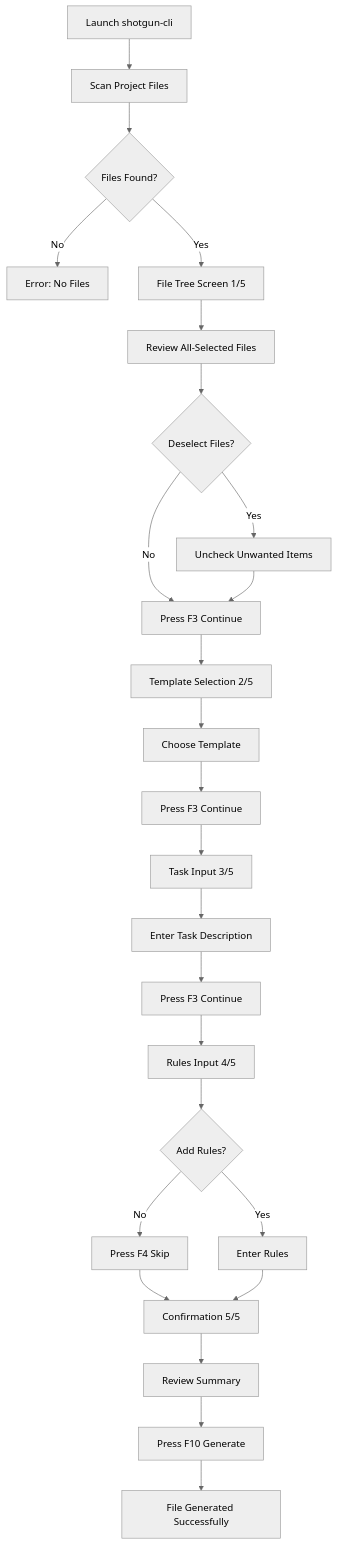
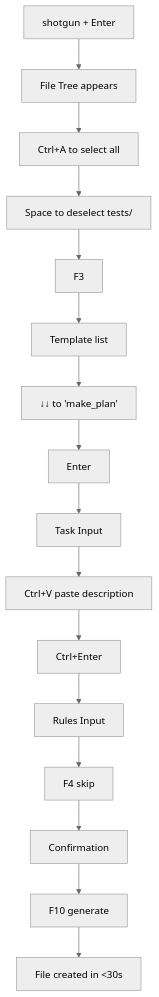
One commit to quantmind-br/shotgun changed the third of 3 diagrams in docs/front-end-spec.md. Above: the diagram before and after it, drawn with Mermaid (neutral theme). The commit also changed other lines of this file and 67 other files, not shown here.

````diff
--- a/docs/front-end-spec.md
+++ b/docs/front-end-spec.md
@@ -91,27 +147,18 @@
 ```mermaid
 graph TD
-    A[Launch shotgun-cli] --> B[Scan Project Files]
-    B --> C{Files Found?}
-    C -->|No| D[Error: No Files]
-    C -->|Yes| E[File Tree Screen 1/5]
-    E --> F[Review All-Selected Files]
-    F --> G{Deselect Files?}
-    G -->|Yes| H[Uncheck Unwanted Items]
-    G -->|No| I[Press F3 Continue]
-    H --> I
-    I --> J[Template Selection 2/5]
-    J --> K[Choose Template]
-    K --> L[Press F3 Continue]
-    L --> M[Task Input 3/5]
-    M --> N[Enter Task Description]
-    N --> O[Press F3 Continue]
-    O --> P[Rules Input 4/5]
-    P --> Q{Add Rules?}
-    Q -->|No| R[Press F4 Skip]
-    Q -->|Yes| S[Enter Rules]
-    R --> T[Confirmation 5/5]
-    S --> T
-    T --> U[Review Summary]
-    U --> V[Press F10 Generate]
-    V --> W[File Generated Successfully]
+    Start[shotgun + Enter] --> Tree[File Tree appears]
+    Tree --> QuickNav[Ctrl+A to select all]
+    QuickNav --> Deselect[Space to deselect tests/]
+    Deselect --> F3A[F3]
+    F3A --> Template[Template list]
+    Template --> Arrow[↓↓ to 'make_plan']
+    Arrow --> Enter[Enter]
+    Enter --> Task[Task Input]
+    Task --> Paste[Ctrl+V paste description]
+    Paste --> CtrlEnter[Ctrl+Enter]
+    CtrlEnter --> Rules[Rules Input]
+    Rules --> F4[F4 skip]
+    F4 --> Confirm[Confirmation]
+    Confirm --> F10[F10 generate]
+    F10 --> Done[File created in <30s]
 ```
````
